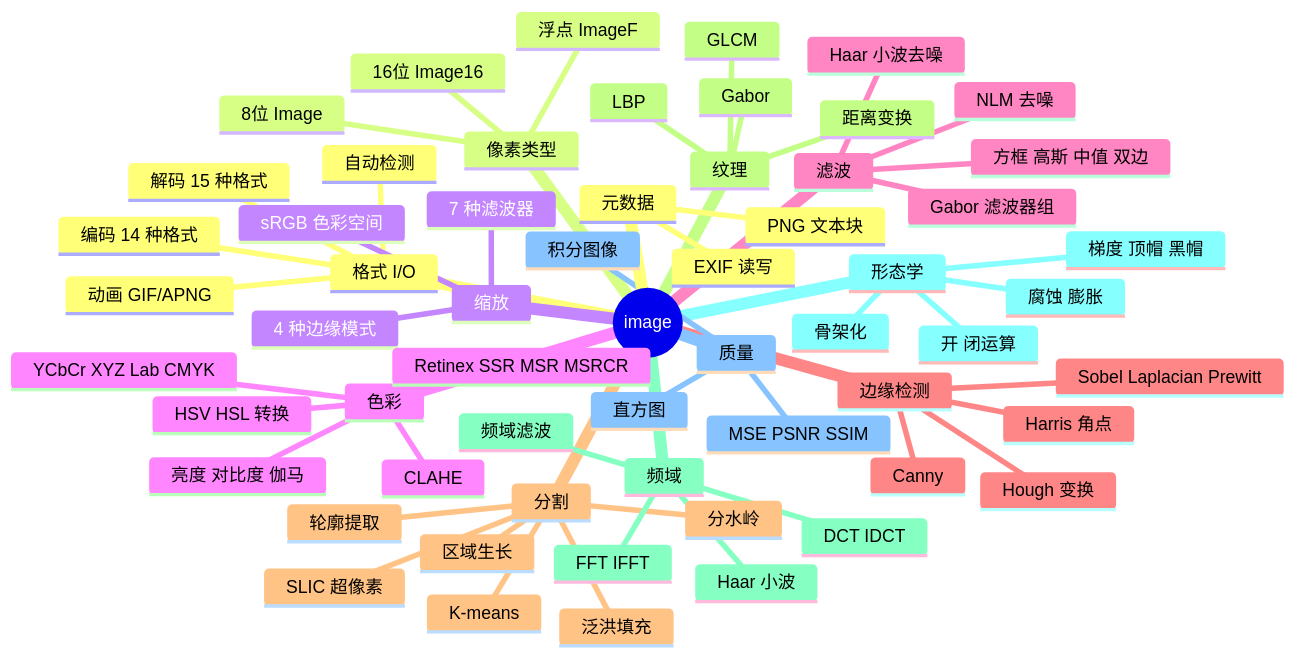
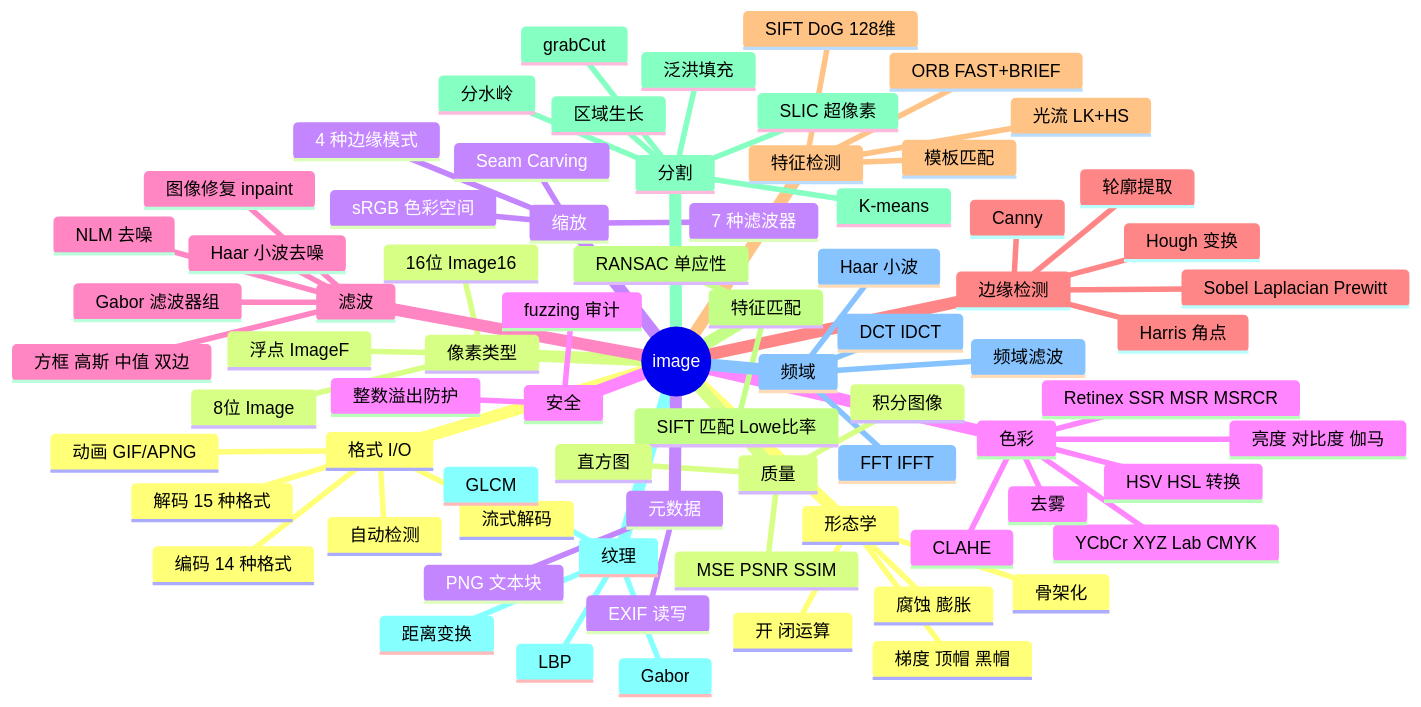
The first of 14 diagrams in docs/architecture.md (toadium/stb-image), drawn with Mermaid before and after one commit. The commit also changed other lines of this file and 1 other file, not shown here.

First line of the commit message:
文档: 完善 architecture.md 架构图 — mindmap/流水线/格式检测图

````diff
--- a/docs/architecture.md
+++ b/docs/architecture.md
@@ -11,62 +11,78 @@
 ```mermaid
 mindmap
   root((image))
     格式 I/O
       解码 15 种格式
       编码 14 种格式
       自动检测
       动画 GIF/APNG
+      流式解码
     像素类型
       8位 Image
       16位 Image16
       浮点 ImageF
     缩放
       7 种滤波器
       4 种边缘模式
       sRGB 色彩空间
+      Seam Carving
     色彩
       HSV HSL 转换
       YCbCr XYZ Lab CMYK
       亮度 对比度 伽马
       CLAHE
       Retinex SSR MSR MSRCR
+      去雾
     滤波
       方框 高斯 中值 双边
       Gabor 滤波器组
       NLM 去噪
       Haar 小波去噪
+      图像修复 inpaint
     边缘检测
       Sobel Laplacian Prewitt
       Canny
       Harris 角点
       Hough 变换
+      轮廓提取
+    特征检测
+      ORB FAST+BRIEF
+      SIFT DoG 128维
+      模板匹配
+      光流 LK+HS
+    特征匹配
+      SIFT 匹配 Lowe比率
+      RANSAC 单应性
     分割
       K-means
       区域生长
       分水岭
-      轮廓提取
       泛洪填充
       SLIC 超像素
+      grabCut
     纹理
       LBP
       GLCM
       Gabor
       距离变换
     频域
       FFT IFFT
       DCT IDCT
       频域滤波
       Haar 小波
     形态学
       腐蚀 膨胀
       开 闭运算
       梯度 顶帽 黑帽
       骨架化
     质量
       MSE PSNR SSIM
       直方图
       积分图像
     元数据
       EXIF 读写
       PNG 文本块
+    安全
+      fuzzing 审计
+      整数溢出防护
 ```
````
